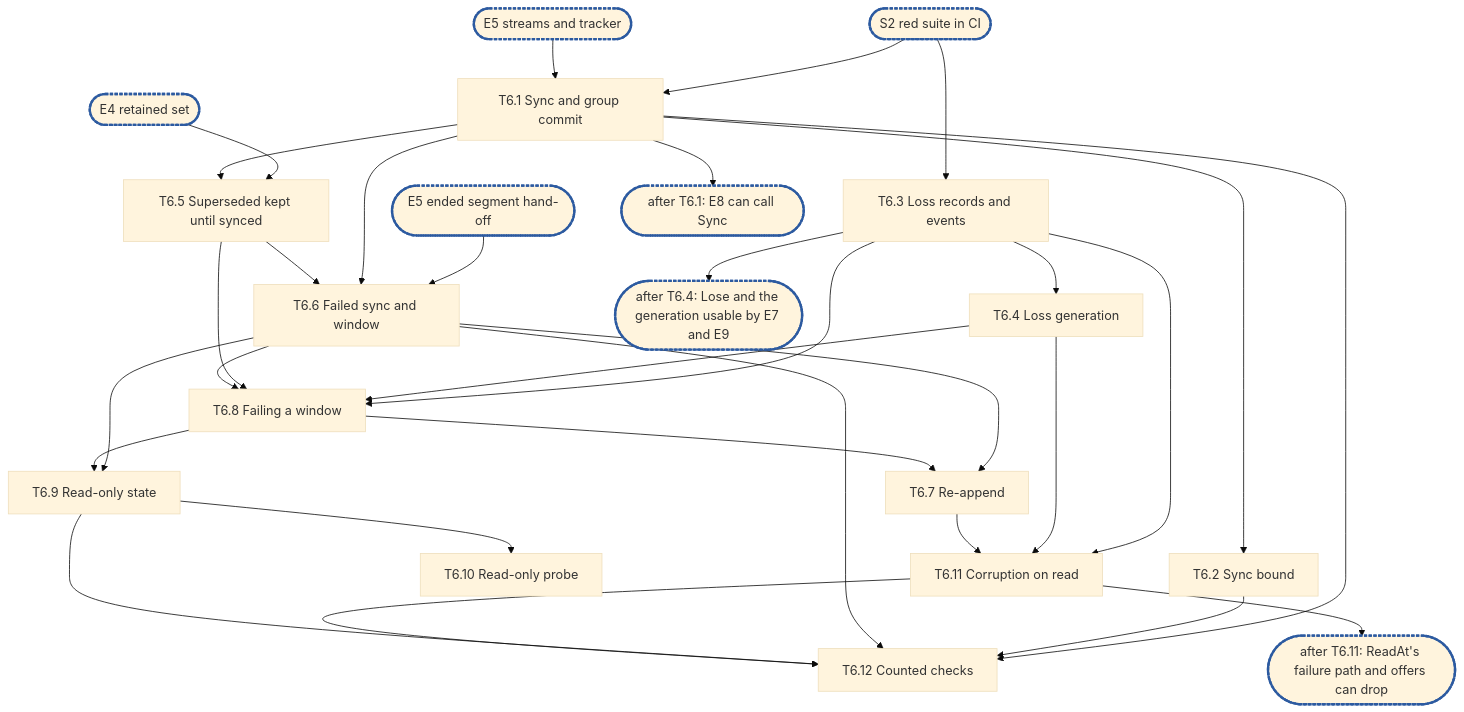
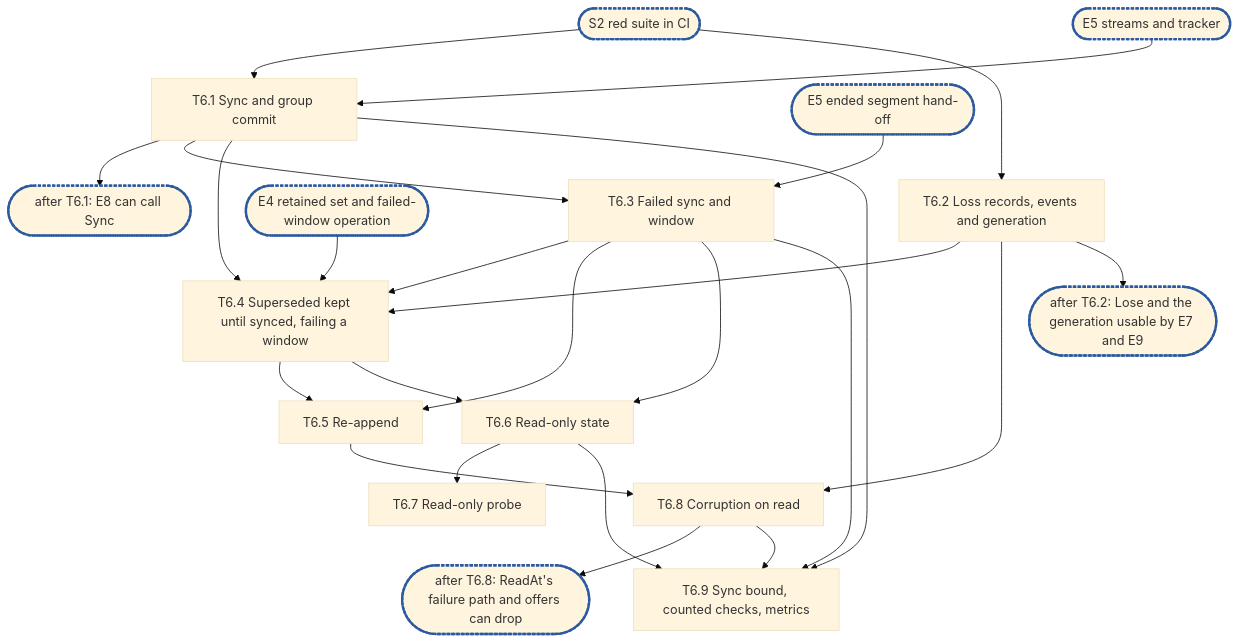
One commit to marmos91/dittofs changed the diagram in docs/internals/planning/rfc-1-journal-epic6.md. Above: the diagram before and after it, drawn with Mermaid (base theme). The commit also changed other lines of this file and 1 other file, not shown here.

````diff
--- a/docs/internals/planning/rfc-1-journal-epic6.md
+++ b/docs/internals/planning/rfc-1-journal-epic6.md
@@ -900,34 +872,27 @@
 ```mermaid
 flowchart TD
   S2(["S2 red suite in CI"]):::sync --> T1["T6.1 Sync and group commit"]
-  S2 --> T3["T6.3 Loss records and events"]
+  S2 --> T2["T6.2 Loss records, events and generation"]
   E5s(["E5 streams and tracker"]):::sync --> T1
-  E5e(["E5 ended segment hand-off"]):::sync --> T6
-  E4r(["E4 retained set"]):::sync --> T5
-  T1 --> T2["T6.2 Sync bound"]
-  T1 --> T5["T6.5 Superseded kept until synced"]
+  E5e(["E5 ended segment hand-off"]):::sync --> T3
+  E4r(["E4 retained set and failed-window operation"]):::sync --> T4
   T1 --> C1(["after T6.1: E8 can call Sync"]):::sync
-  T3 --> T4["T6.4 Loss generation"]
-  T1 --> T6["T6.6 Failed sync and window"]
-  T5 --> T6
-  T3 --> T8["T6.8 Failing a window"]
-  T4 --> T8
+  T1 --> T3["T6.3 Failed sync and window"]
+  T1 --> T4["T6.4 Superseded kept until synced, failing a window"]
+  T2 --> T4
+  T3 --> T4
+  T3 --> T5["T6.5 Re-append"]
+  T4 --> T5
+  T3 --> T6["T6.6 Read-only state"]
+  T4 --> T6
+  T6 --> T7["T6.7 Read-only probe"]
+  T2 --> T8["T6.8 Corruption on read"]
   T5 --> T8
-  T6 --> T8
-  T6 --> T7["T6.7 Re-append"]
-  T8 --> T7
-  T6 --> T9["T6.9 Read-only state"]
+  T2 --> C2(["after T6.2: Lose and the generation usable by E7 and E9"]):::sync
+  T8 --> C3(["after T6.8: ReadAt's failure path and offers can drop"]):::sync
+  T1 --> T9["T6.9 Sync bound, counted checks, metrics"]
+  T3 --> T9
+  T6 --> T9
   T8 --> T9
-  T9 --> T10["T6.10 Read-only probe"]
-  T3 --> T11["T6.11 Corruption on read"]
-  T4 --> T11
-  T7 --> T11
-  T3 --> C2(["after T6.4: Lose and the generation usable by E7 and E9"]):::sync
-  T11 --> C3(["after T6.11: ReadAt's failure path and offers can drop"]):::sync
-  T1 --> T12["T6.12 Counted checks"]
-  T2 --> T12
-  T6 --> T12
-  T9 --> T12
-  T11 --> T12
   classDef sync stroke:#2c5aa0,stroke-width:3px,stroke-dasharray:4 2
 ```
````
